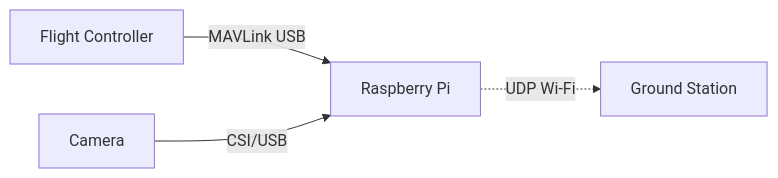
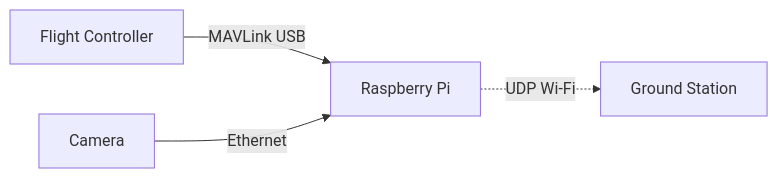
The diagram in README.md (Aniket-89/project-indra), drawn with Mermaid before and after one commit. The commit also changed other lines of this file, not shown here.

````diff
--- a/README.md
+++ b/README.md
@@ -30,6 +30,6 @@
 ```mermaid
 graph LR
   PX4[Flight Controller] -->|MAVLink USB| RPI[Raspberry Pi]
-  Camera -->|CSI/USB| RPI
+  Camera -->|Ethernet| RPI
   RPI -. UDP Wi-Fi .-> GCS[Ground Station]
 ```
````
